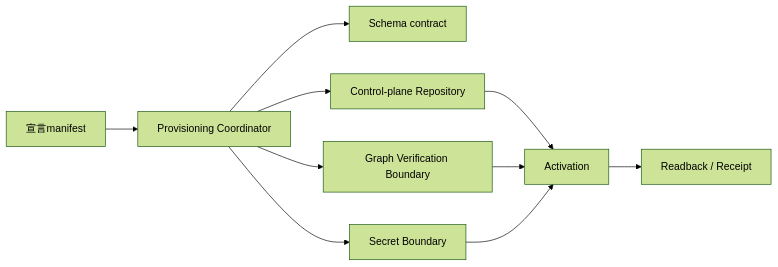
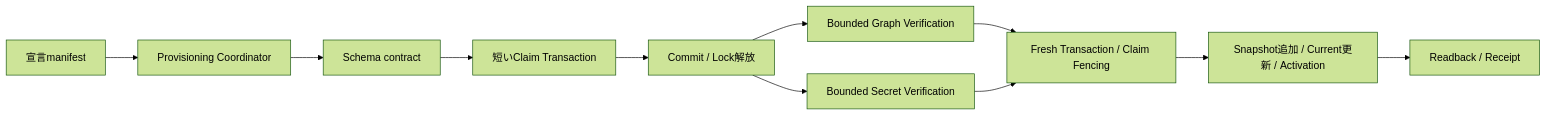
One commit to Unson-LLC/brainbase changed the diagram in docs/architecture/story-tenant-production-provisioning-control-plane.md. Above: the diagram before and after it, drawn with Mermaid (forest theme). The commit also changed other lines of this file and 15 other files, not shown here.

````diff
--- a/docs/architecture/story-tenant-production-provisioning-control-plane.md
+++ b/docs/architecture/story-tenant-production-provisioning-control-plane.md
@@ -33,12 +33,13 @@
 ```mermaid
 flowchart LR
   M[宣言manifest] --> V[Provisioning Coordinator]
   V --> S[Schema contract]
-  V --> R[Control-plane Repository]
-  V --> G[Graph Verification Boundary]
-  V --> K[Secret Boundary]
-  R --> A[Activation]
-  G --> A
-  K --> A
+  S --> C[短いClaim Transaction]
+  C --> U[Commit / Lock解放]
+  U --> G[Bounded Graph Verification]
+  U --> K[Bounded Secret Verification]
+  G --> F[Fresh Transaction / Claim Fencing]
+  K --> F
+  F --> A[Snapshot追加 / Current更新 / Activation]
   A --> Q[Readback / Receipt]
 ```
````
